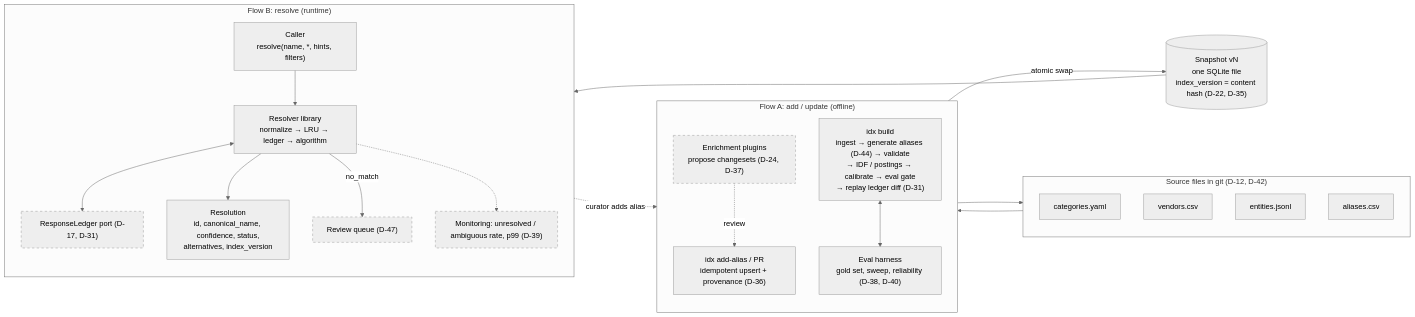
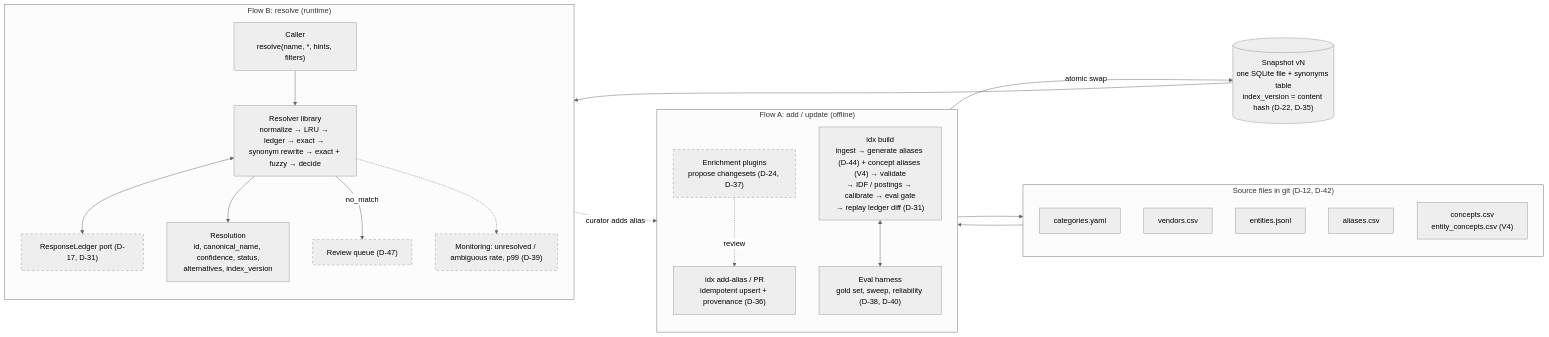
The diagram in challange/docs/architecture.md (ofekisr/technology-entity-disambiguation-challenge), drawn with Mermaid (neutral theme) before and after one commit. The commit also changed 3 other files, not shown here.

First line of the commit message:
docs: propagate exact-first, then synonym rewrite order

````diff
--- a/challange/docs/architecture.md
+++ b/challange/docs/architecture.md
@@ -6,44 +6,45 @@
 ```mermaid
 flowchart LR
     subgraph SRC["Source files in git (D-12, D-42)"]
         CAT[categories.yaml]
         VEN[vendors.csv]
         ENT[entities.jsonl]
         ALI[aliases.csv]
+        CON["concepts.csv<br/>entity_concepts.csv (V4)"]
     end
 
     subgraph A["Flow A: add / update (offline)"]
         direction TB
         UPD["idx add-alias / PR<br/>idempotent upsert + provenance (D-36)"]
         PLUG["Enrichment plugins<br/>propose changesets (D-24, D-37)"]:::stub
-        BUILD["idx build<br/>ingest → generate aliases (D-44) → validate<br/>→ IDF / postings → calibrate → eval gate<br/>→ replay ledger diff (D-31)"]
+        BUILD["idx build<br/>ingest → generate aliases (D-44) + concept aliases (V4) → validate<br/>→ IDF / postings → calibrate → eval gate<br/>→ replay ledger diff (D-31)"]
         EVAL["Eval harness<br/>gold set, sweep, reliability (D-38, D-40)"]
     end
 
-    SNAP[("Snapshot vN<br/>one SQLite file<br/>index_version = content hash (D-22, D-35)")]
+    SNAP[("Snapshot vN<br/>one SQLite file + synonyms table<br/>index_version = content hash (D-22, D-35)")]
 
     subgraph B["Flow B: resolve (runtime)"]
         direction TB
         CALLER["Caller<br/>resolve(name, *, hints, filters)"]
-        LIB["Resolver library<br/>normalize → LRU → ledger → algorithm"]
+        LIB["Resolver library<br/>normalize → LRU → ledger → exact → synonym rewrite → exact + fuzzy → decide"]
         LEDGER["ResponseLedger port (D-17, D-31)"]:::stub
         RES["Resolution<br/>id, canonical_name, confidence, status,<br/>alternatives, index_version"]
         RQ["Review queue (D-47)"]:::stub
         MON["Monitoring: unresolved / ambiguous rate, p99 (D-39)"]:::stub
     end
 
     UPD --> SRC
     PLUG -.->|review| UPD
     SRC --> BUILD
     BUILD <--> EVAL
     BUILD -->|atomic swap| SNAP
     CALLER --> LIB
     SNAP --> LIB
     LIB <--> LEDGER
     LIB --> RES
     LIB -->|no_match| RQ
     LIB -.-> MON
     RQ -.->|curator adds alias| UPD
 
     classDef stub stroke-dasharray: 5 5
 ```
````
